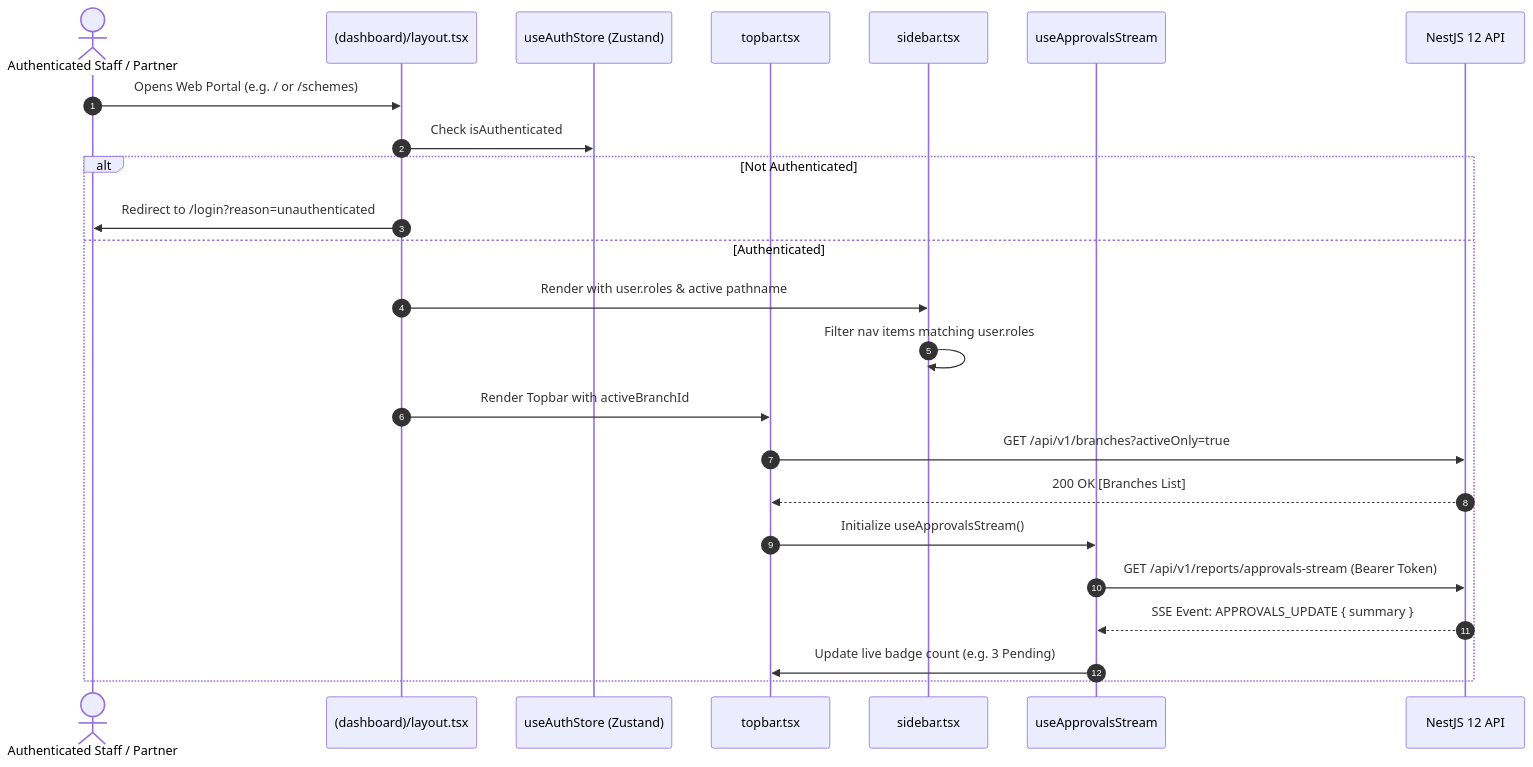
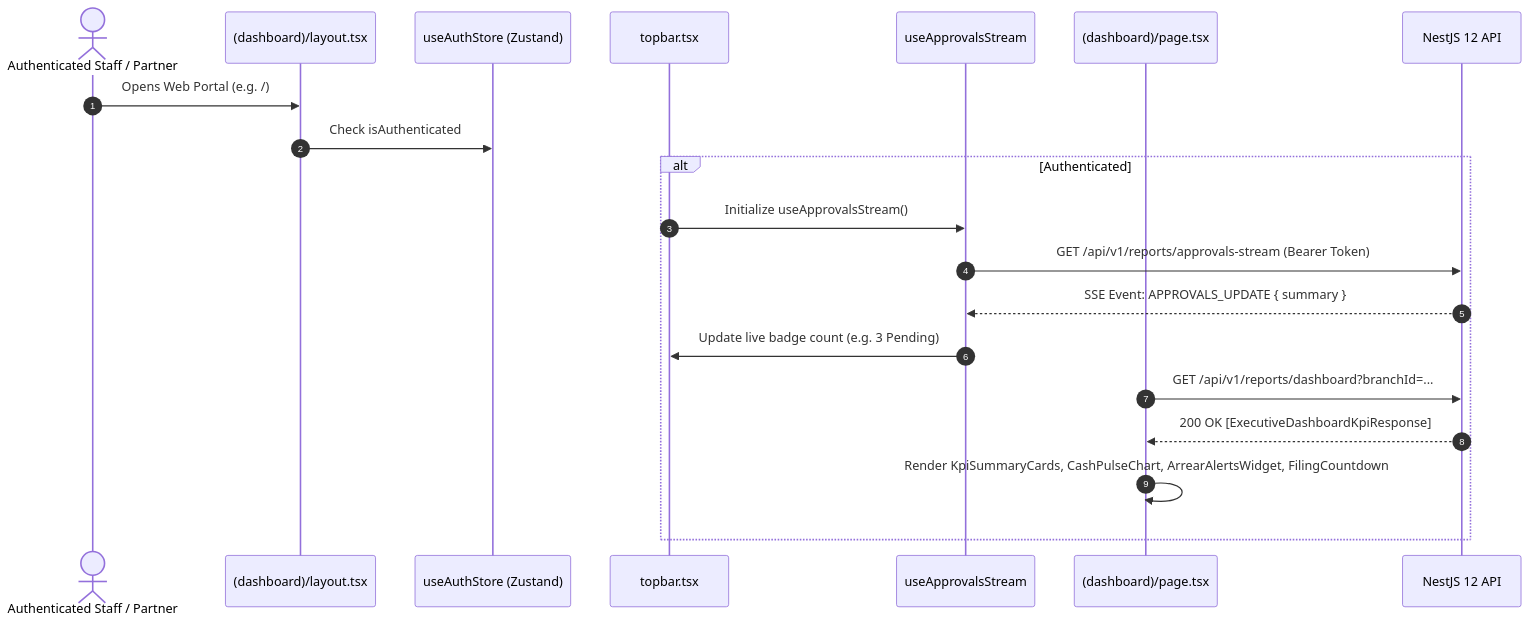
The diagram in docs/web/dashboard-shell-and-rbac.md (Kathir-24/Kumaran-finance), drawn with Mermaid before and after one commit. The commit also changed other lines of this file and 12 other files, not shown here.

````diff
--- a/docs/web/dashboard-shell-and-rbac.md
+++ b/docs/web/dashboard-shell-and-rbac.md
@@ -44,27 +49,23 @@
 ```mermaid
 sequenceDiagram
     autonumber
     actor Staff as Authenticated Staff / Partner
     participant Layout as (dashboard)/layout.tsx
     participant Store as useAuthStore (Zustand)
     participant Topbar as topbar.tsx
-    participant Sidebar as sidebar.tsx
     participant Hook as useApprovalsStream
+    participant Page as (dashboard)/page.tsx
     participant API as NestJS 12 API
 
-    Staff->>Layout: Opens Web Portal (e.g. / or /schemes)
+    Staff->>Layout: Opens Web Portal (e.g. /)
     Layout->>Store: Check isAuthenticated
-    alt Not Authenticated
-        Layout->>Staff: Redirect to /login?reason=unauthenticated
-    else Authenticated
-        Layout->>Sidebar: Render with user.roles & active pathname
-        Sidebar->>Sidebar: Filter nav items matching user.roles
-        Layout->>Topbar: Render Topbar with activeBranchId
-        Topbar->>API: GET /api/v1/branches?activeOnly=true
-        API-->>Topbar: 200 OK [Branches List]
+    alt Authenticated
         Topbar->>Hook: Initialize useApprovalsStream()
         Hook->>API: GET /api/v1/reports/approvals-stream (Bearer Token)
         API-->>Hook: SSE Event: APPROVALS_UPDATE { summary }
         Hook->>Topbar: Update live badge count (e.g. 3 Pending)
+        Page->>API: GET /api/v1/reports/dashboard?branchId=...
+        API-->>Page: 200 OK [ExecutiveDashboardKpiResponse]
+        Page->>Page: Render KpiSummaryCards, CashPulseChart, ArrearAlertsWidget, FilingCountdown
     end
 ```
````
